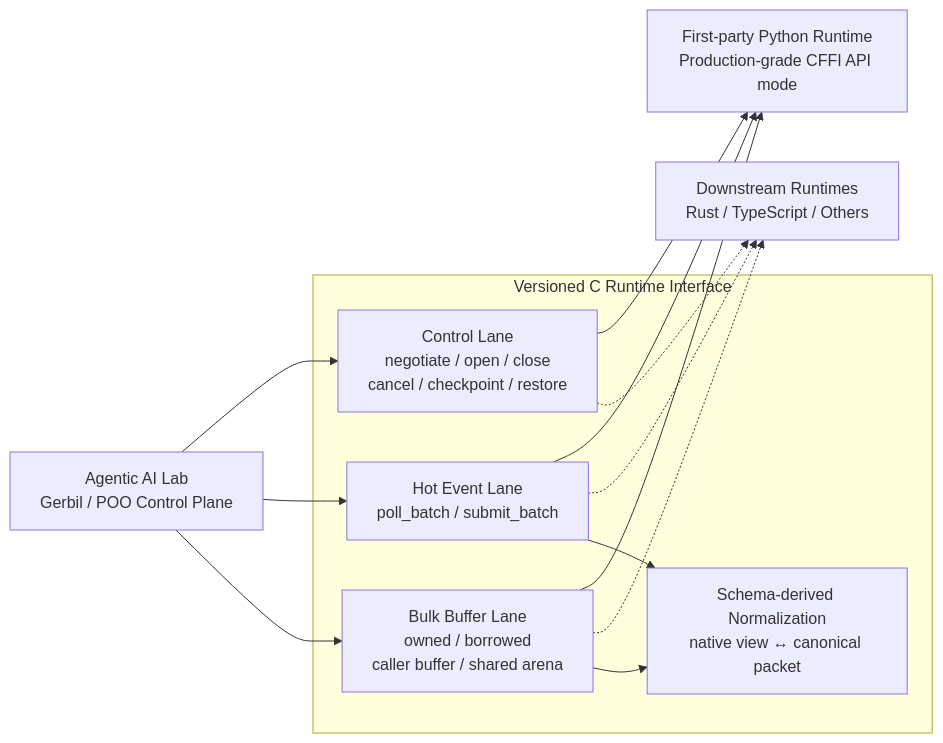
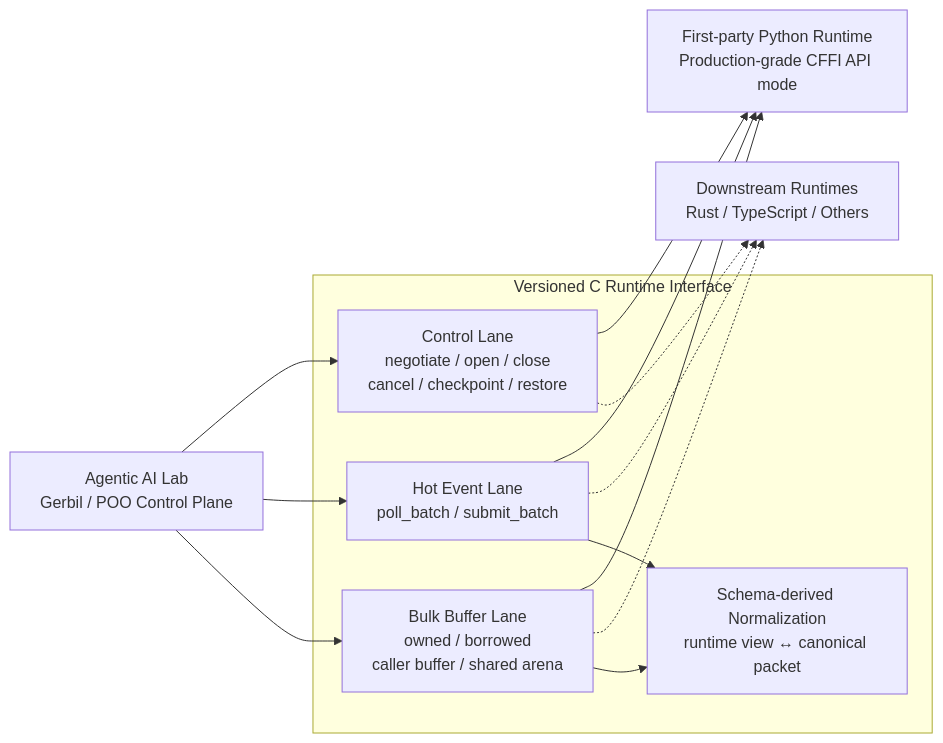
The first of 2 diagrams in module-system/design/92-c-runtime-interface-and-python-validation-runtime-rfc.org (tao3k/gebril-yuanxu), drawn with Mermaid before and after one commit. The commit also changed other lines of this file and 1469 other files, not shown here.

```diff
--- a/module-system/design/92-c-runtime-interface-and-python-validation-runtime-rfc.org
+++ b/module-system/design/92-c-runtime-interface-and-python-validation-runtime-rfc.org
@@ -41,23 +41,23 @@
 #+begin_src mermaid
 flowchart LR
     G["Agentic AI Lab<br/>Gerbil / POO Control Plane"]
     subgraph ABI["Versioned C Runtime Interface"]
         C["Control Lane<br/>negotiate / open / close<br/>cancel / checkpoint / restore"]
         H["Hot Event Lane<br/>poll_batch / submit_batch"]
         B["Bulk Buffer Lane<br/>owned / borrowed<br/>caller buffer / shared arena"]
-        N["Schema-derived Normalization<br/>native view ↔ canonical packet"]
+        N["Schema-derived Normalization<br/>runtime view ↔ canonical packet"]
     end
     P["First-party Python Runtime<br/>Production-grade CFFI API mode"]
     D["Downstream Runtimes<br/>Rust / TypeScript / Others"]
     G --> C
     G --> H
     G --> B
     C --> P
     H --> P
     B --> P
     C -.-> D
     H -.-> D
     B -.-> D
     H --> N
     B --> N
 #+end_src
```
